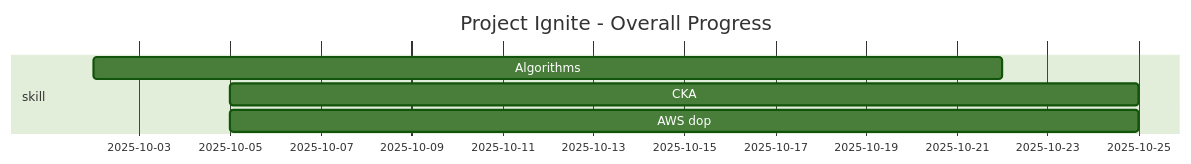
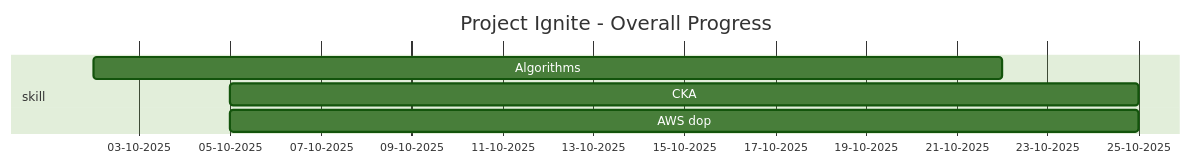
One commit to Navdeep-Singh-Ghotra/ignite changed the second of 2 diagrams in README.md. Above: the diagram before and after it, drawn with Mermaid (forest theme).

Commit message:
adding mermaid template for gantt

````diff
--- a/README.md
+++ b/README.md
@@ -34,9 +34,10 @@
 ```mermaid
 gantt
     title Project Ignite - Overall Progress
     dateFormat  DD-MM-YYYY
+    axisFormat %d-%m-%Y
     section skill
     Algorithms       : a1, 02-10-2025, 20d
     CKA      : 05-10-2025, 20d
     AWS dop       : 05-10-2025, 20d
 ```
````
